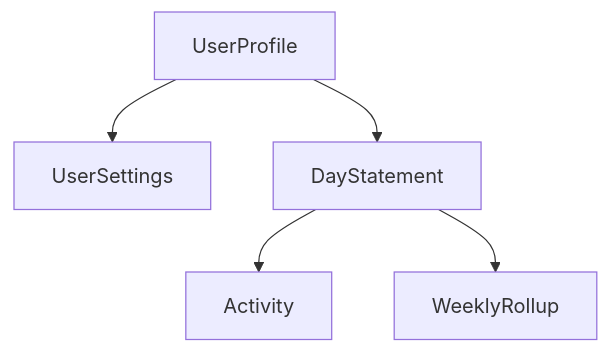
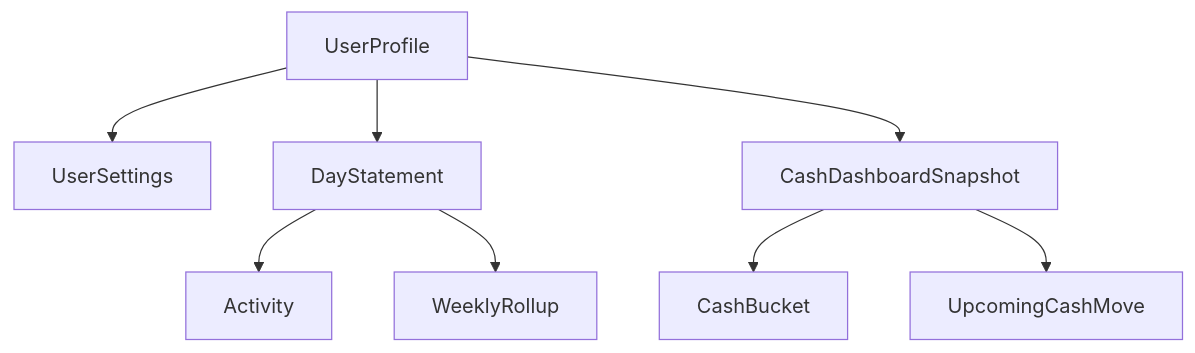
Before and after one commit to iwis19/Tempo: the diagram in docs/tempo-user-data-model-map.md, drawn with Mermaid. The commit also changed other lines of this file and 20 other files, not shown here.

````diff
--- a/docs/tempo-user-data-model-map.md
+++ b/docs/tempo-user-data-model-map.md
@@ -70,7 +74,10 @@
 ```mermaid
 flowchart TD
     UserProfile --> UserSettings
     UserProfile --> DayStatement
+    UserProfile --> CashDashboardSnapshot
     DayStatement --> Activity
     DayStatement --> WeeklyRollup
+    CashDashboardSnapshot --> CashBucket
+    CashDashboardSnapshot --> UpcomingCashMove
 ```
````
